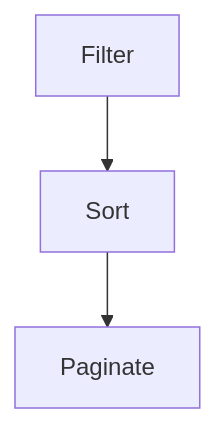
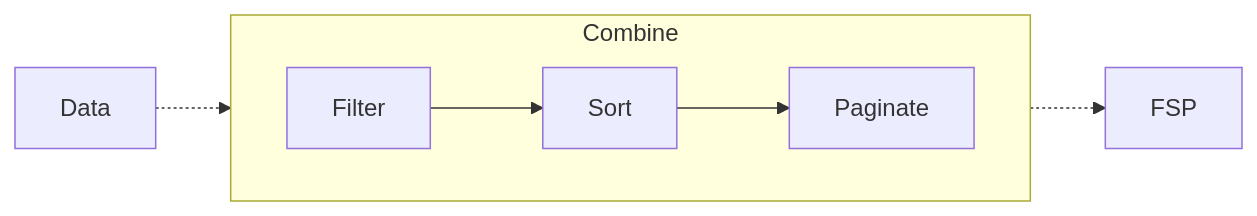
Before and after one commit to faustienf/effector-fsp: the diagram in README.md, drawn with Mermaid.

````diff
--- a/README.md
+++ b/README.md
@@ -7,5 +7,10 @@
 ```mermaid
-graph TD;
-    Filter-->Sort;
-    Sort-->Paginate;
+flowchart LR
+  subgraph Combine
+    direction LR
+    Filter --> Sort
+    Sort --> Paginate
+  end
+  Data -.-> Combine
+  Combine -.-> FSP
 ```
````
